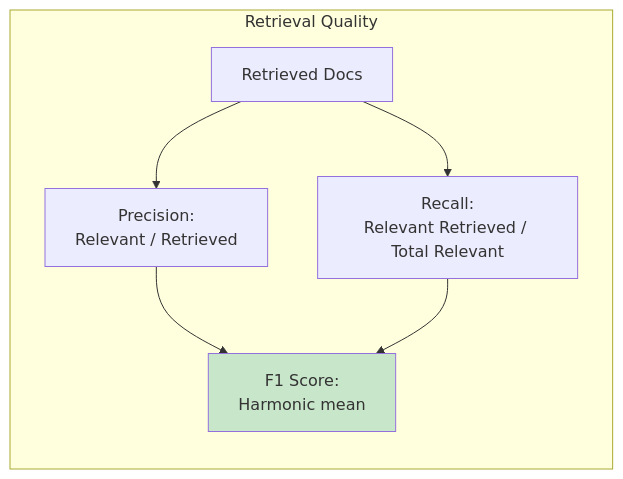
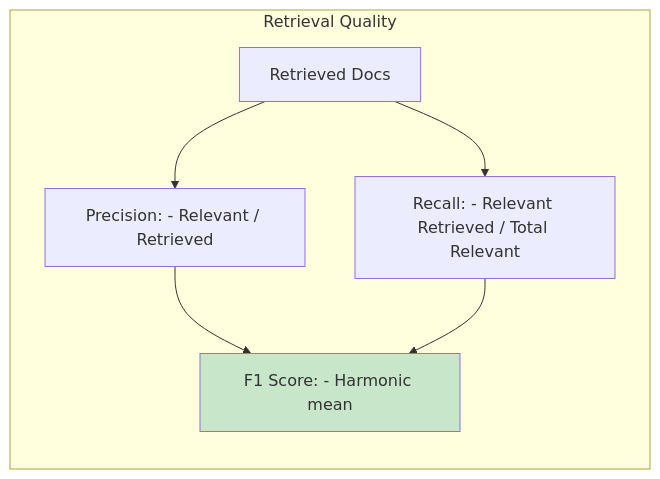
One commit to indhra/llm_rag_sec_findings changed the second of 8 diagrams in docs/learning/07-evaluation-metrics.md. Above: the diagram before and after it, drawn with Mermaid. The commit also changed other lines of this file and 9 other files, not shown here.

````diff
--- a/docs/learning/07-evaluation-metrics.md
+++ b/docs/learning/07-evaluation-metrics.md
@@ -55,11 +55,11 @@
 ```mermaid
 graph LR
     subgraph "Retrieval Quality"
-        R[Retrieved Docs] --> M1[Precision:<br/>Relevant / Retrieved]
-        R --> M2[Recall:<br/>Relevant Retrieved / Total Relevant]
-        M1 --> M3[F1 Score:<br/>Harmonic mean]
+        R[Retrieved Docs] --> M1[Precision: - Relevant / Retrieved]
+        R --> M2[Recall: - Relevant Retrieved / Total Relevant]
+        M1 --> M3[F1 Score: - Harmonic mean]
         M2 --> M3
     end
     
     style M3 fill:#c8e6c9
 ```
````
